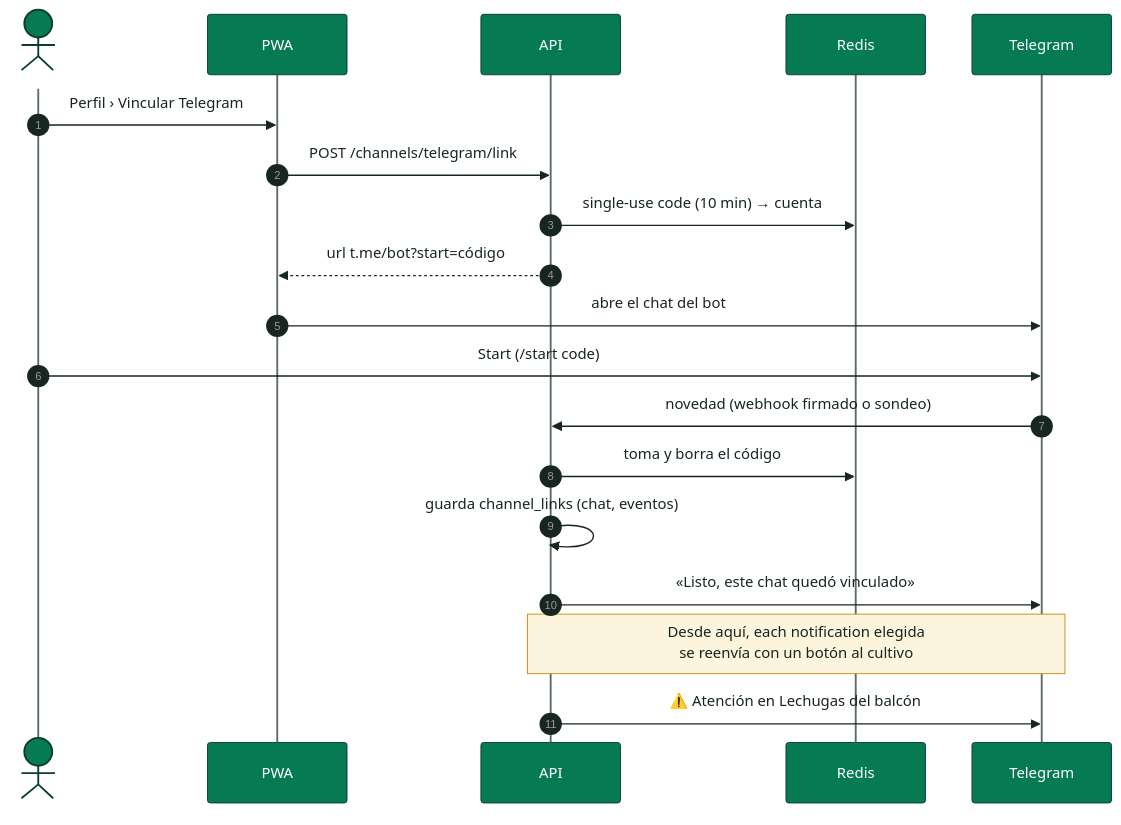
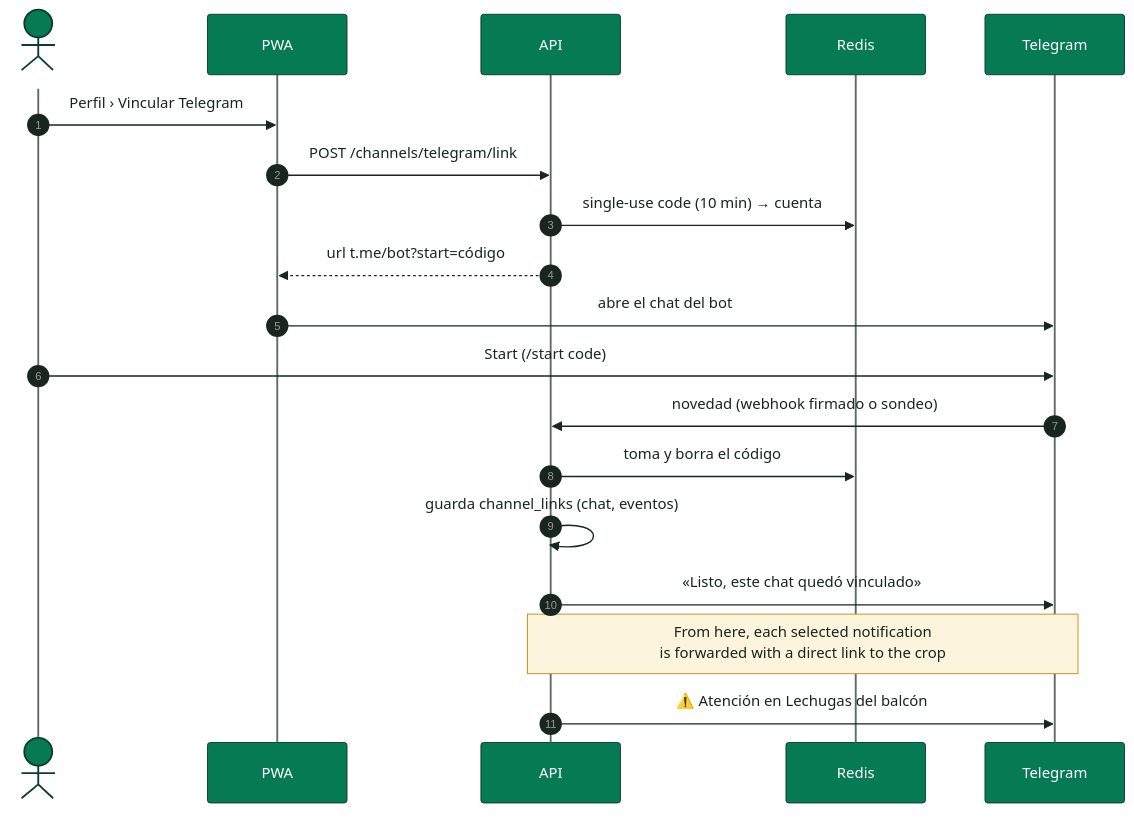
The diagram in docs/diagrams/SmartPot_14_Telegram_Sequence.mmd (SmartPotTech/.github), drawn with Mermaid before and after one commit. The commit also changed 78 other files, not shown here.

Commit message:
docs(architecture): update and standardize architecture diagrams via archify [skip deploy] #no-deploy

```diff
--- a/docs/diagrams/SmartPot_14_Telegram_Sequence.mmd
+++ b/docs/diagrams/SmartPot_14_Telegram_Sequence.mmd
@@ -1,20 +1,20 @@
 %%{init: {"theme": "base", "fontFamily": "Segoe UI, Arial, sans-serif", "themeVariables": {"fontFamily": "Segoe UI, Arial, sans-serif", "fontSize": "15px", "primaryColor": "#DDF5EA", "primaryTextColor": "#17261F", "primaryBorderColor": "#067A52", "secondaryColor": "#E3F2FB", "secondaryTextColor": "#17261F", "secondaryBorderColor": "#1F6FA0", "tertiaryColor": "#F2F7F4", "tertiaryTextColor": "#17261F", "tertiaryBorderColor": "#D5E3DC", "lineColor": "#5B6B63", "textColor": "#17261F", "mainBkg": "#DDF5EA", "nodeBorder": "#067A52", "clusterBkg": "#F7FAF8", "clusterBorder": "#D5E3DC", "edgeLabelBackground": "#FFFFFF", "actorBkg": "#067A52", "actorBorder": "#0B3D2B", "actorTextColor": "#FFFFFF", "actorLineColor": "#5B6B63", "signalColor": "#17261F", "signalTextColor": "#17261F", "labelBoxBkgColor": "#0B3D2B", "labelBoxBorderColor": "#0B3D2B", "labelTextColor": "#FFFFFF", "loopTextColor": "#0B3D2B", "noteBkgColor": "#FDF4DD", "noteBorderColor": "#C98D12", "noteTextColor": "#17261F", "activationBkgColor": "#DDF5EA", "activationBorderColor": "#067A52", "attributeBackgroundColorOdd": "#FFFFFF", "attributeBackgroundColorEven": "#F2F7F4"}}}%%
 sequenceDiagram
   autonumber
   actor P as Persona
   participant W as PWA
   participant A as API
   participant C as Redis
   participant T as Telegram
   P->>W: Perfil › Vincular Telegram
   W->>A: POST /channels/telegram/link
   A->>C: single-use code (10 min) → cuenta
   A-->>W: url t.me/bot?start=código
   W->>T: abre el chat del bot
   P->>T: Start (/start code)
   T->>A: novedad (webhook firmado o sondeo)
   A->>C: toma y borra el código
   A->>A: guarda channel_links (chat, eventos)
   A->>T: «Listo, este chat quedó vinculado»
-  Note over A,T: Desde aquí, each notification elegida<br/>se reenvía con un botón al cultivo
+  Note over A,T: From here, each selected notification<br/>is forwarded with a direct link to the crop
   A->>T: ⚠️ Atención en Lechugas del balcón
```
